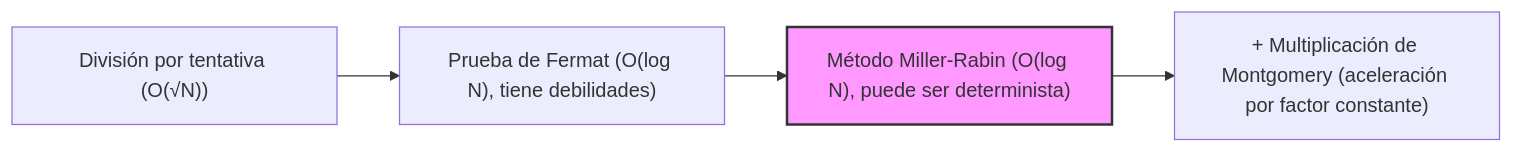
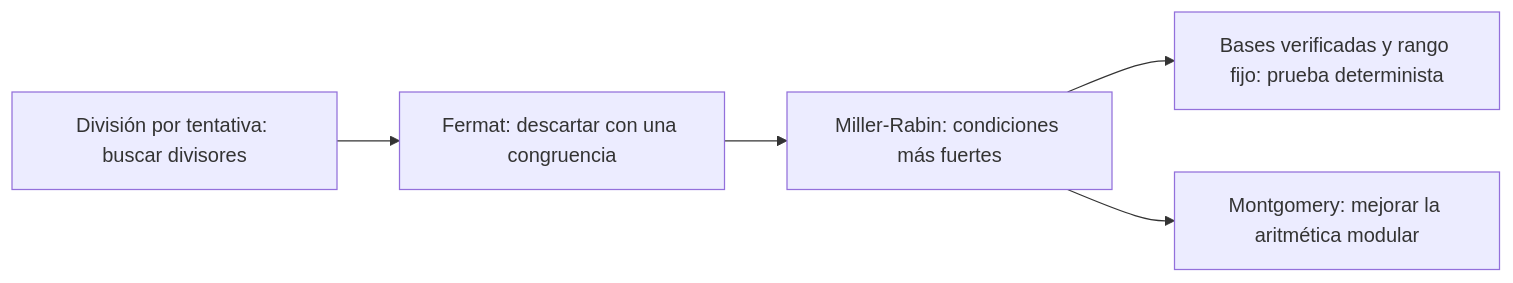
The second of 2 diagrams in content/post/cppで実装する高速な素数判定アルゴリズム/index.es.md (kenjinote/blog), drawn with Mermaid before and after one commit. The commit also changed other lines of this file and 4 other files, not shown here.

````diff
--- a/content/post/cppで実装する高速な素数判定アルゴリズム/index.es.md
+++ b/content/post/cppで実装する高速な素数判定アルゴリズム/index.es.md
@@ -314,8 +256,7 @@
 ```mermaid
 graph LR
-    TrialDivision["División por tentativa (O(√N))"] --> Fermat["Prueba de Fermat (O(log N), tiene debilidades)"]
-    Fermat --> MillerRabin["Método Miller-Rabin (O(log N), puede ser determinista)"]
-    MillerRabin --> Montgomery["+ Multiplicación de Montgomery (aceleración por factor constante)"]
-    
-    style MillerRabin fill:#f9f,stroke:#333,stroke-width:2px
+    Trial["División por tentativa: buscar divisores"] --> Fermat["Fermat: descartar con una congruencia"]
+    Fermat --> MR["Miller-Rabin: condiciones más fuertes"]
+    MR --> Fixed["Bases verificadas y rango fijo: prueba determinista"]
+    MR --> Mont["Montgomery: mejorar la aritmética modular"]
 ```
````
